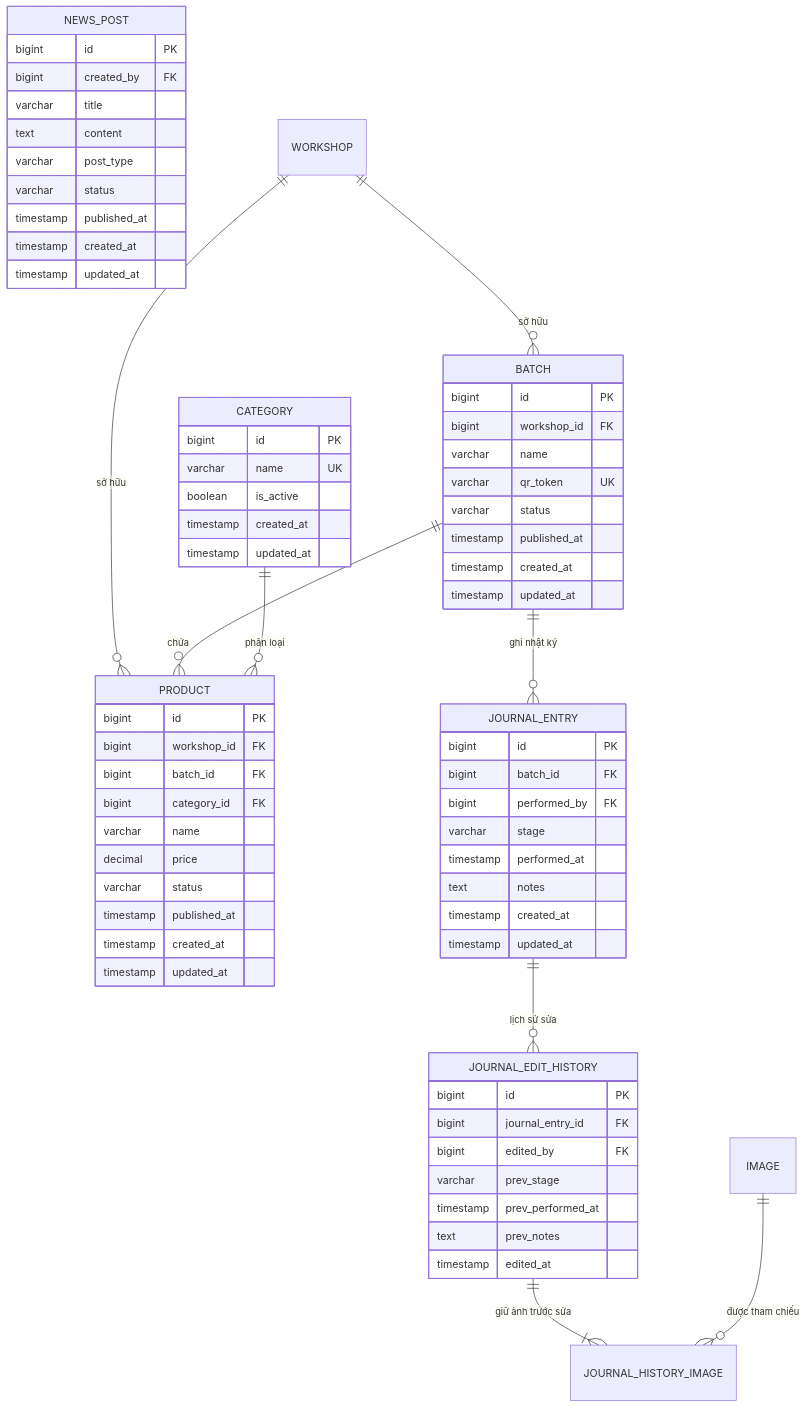
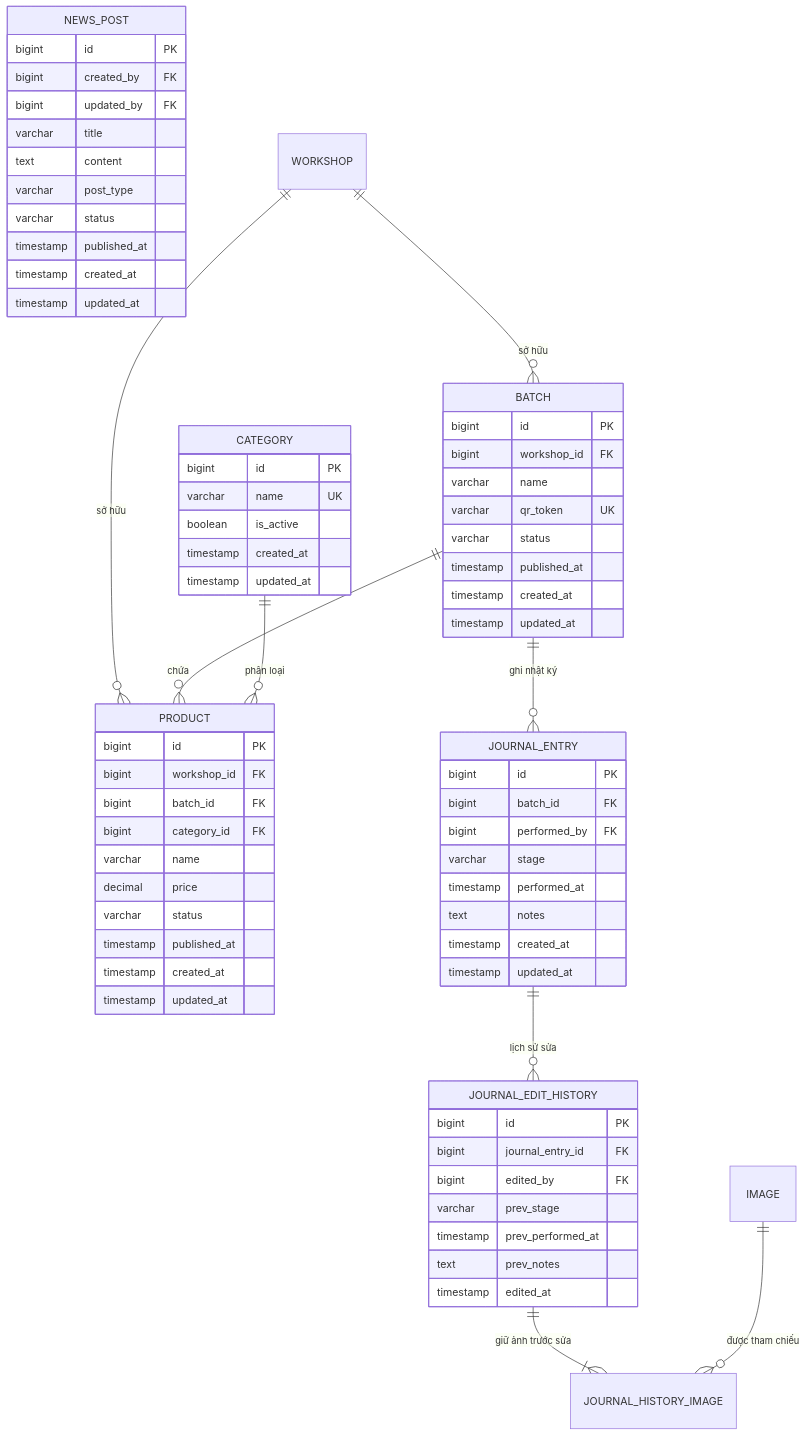
Before and after one commit to HUY-TD16/vCraft: the second of 10 diagrams in docs/02-specifications/data-design.md, drawn with Mermaid. The commit also changed other lines of this file, not shown here.

Commit message:
refine allocation handover status, audit logs, and state diagrams

````diff
--- a/docs/02-specifications/data-design.md
+++ b/docs/02-specifications/data-design.md
@@ -89,71 +134,72 @@
 ```mermaid
 erDiagram
     CATEGORY {
         bigint id PK
         varchar name UK
         boolean is_active
         timestamp created_at
         timestamp updated_at
     }
     PRODUCT {
         bigint id PK
         bigint workshop_id FK
         bigint batch_id FK
         bigint category_id FK
         varchar name
         decimal price
         varchar status
         timestamp published_at
         timestamp created_at
         timestamp updated_at
     }
     BATCH {
         bigint id PK
         bigint workshop_id FK
         varchar name
         varchar qr_token UK
         varchar status
         timestamp published_at
         timestamp created_at
         timestamp updated_at
     }
     JOURNAL_ENTRY {
         bigint id PK
         bigint batch_id FK
         bigint performed_by FK
         varchar stage
         timestamp performed_at
         text notes
         timestamp created_at
         timestamp updated_at
     }
     JOURNAL_EDIT_HISTORY {
         bigint id PK
         bigint journal_entry_id FK
         bigint edited_by FK
         varchar prev_stage
         timestamp prev_performed_at
         text prev_notes
         timestamp edited_at
     }
     NEWS_POST {
         bigint id PK
         bigint created_by FK
+        bigint updated_by FK
         varchar title
         text content
         varchar post_type
         varchar status
         timestamp published_at
         timestamp created_at
         timestamp updated_at
     }
 
     WORKSHOP ||--o{ BATCH : "sở hữu"
     WORKSHOP ||--o{ PRODUCT : "sở hữu"
     JOURNAL_EDIT_HISTORY ||--|{ JOURNAL_HISTORY_IMAGE : "giữ ảnh trước sửa"
     IMAGE ||--o{ JOURNAL_HISTORY_IMAGE : "được tham chiếu"
     BATCH ||--o{ PRODUCT : "chứa"
     BATCH ||--o{ JOURNAL_ENTRY : "ghi nhật ký"
     JOURNAL_ENTRY ||--o{ JOURNAL_EDIT_HISTORY : "lịch sử sửa"
     CATEGORY ||--o{ PRODUCT : "phân loại"
 ```
````
